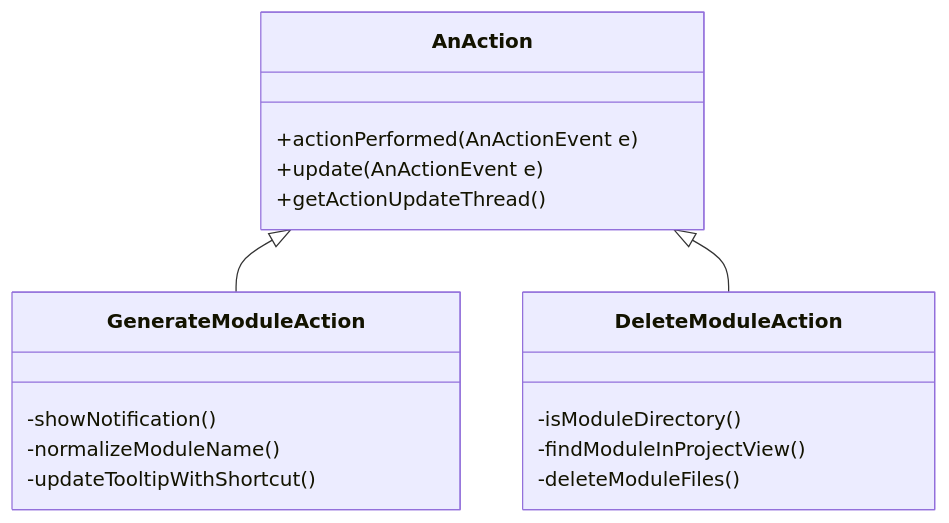
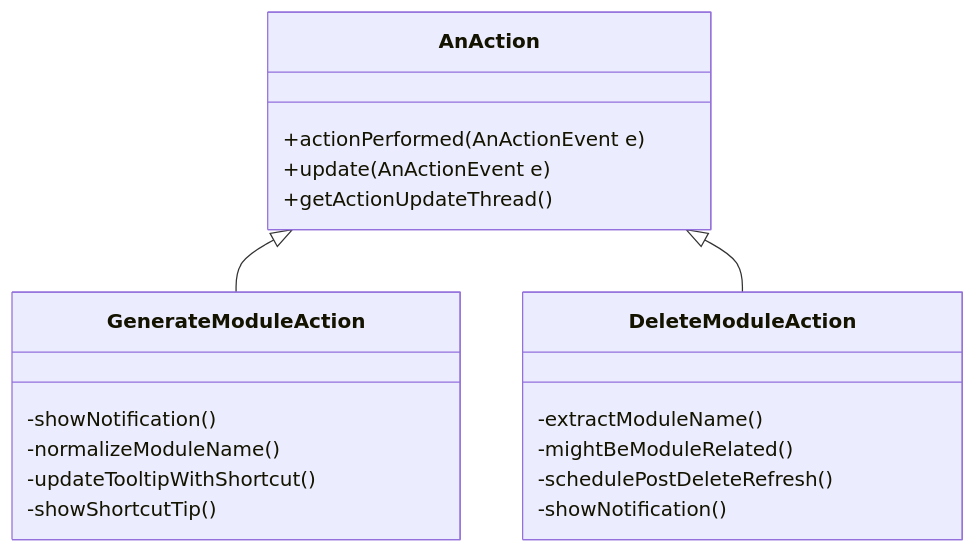
The fourth of 12 diagrams in note.md (korykim/ruoyi-vue-plus-module-fast-generator), drawn with Mermaid before and after one commit. The commit also changed other lines of this file, not shown here.

````diff
--- a/note.md
+++ b/note.md
@@ -77,23 +78,25 @@
 ```mermaid
 classDiagram
     class AnAction {
         +actionPerformed(AnActionEvent e)
         +update(AnActionEvent e)
         +getActionUpdateThread()
     }
     
     class GenerateModuleAction {
         -showNotification()
         -normalizeModuleName()
         -updateTooltipWithShortcut()
+        -showShortcutTip()
     }
     
     class DeleteModuleAction {
-        -isModuleDirectory()
-        -findModuleInProjectView()
-        -deleteModuleFiles()
+        -extractModuleName()
+        -mightBeModuleRelated()
+        -schedulePostDeleteRefresh()
+        -showNotification()
     }
     
     AnAction <|-- GenerateModuleAction
     AnAction <|-- DeleteModuleAction
 ```
````
